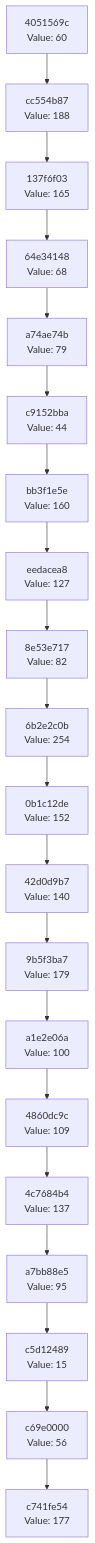
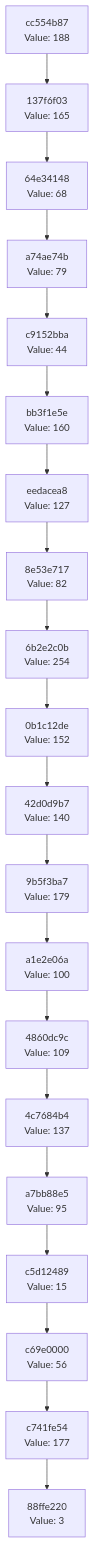
One commit to Abhisheksinha1506/hash-chain-evolver changed the diagram in docs/CHAIN_VISUALIZATION.md. Above: the diagram before and after it, drawn with Mermaid. The commit also changed 2 other files, not shown here.

Commit message:
Evolution Step

````diff
--- a/docs/CHAIN_VISUALIZATION.md
+++ b/docs/CHAIN_VISUALIZATION.md
@@ -3,42 +3,42 @@
 ```mermaid
 graph TD
-    C0["c741fe54<br/>Value: 177"]
-    C1["c69e0000<br/>Value: 56"]
+    C0["88ffe220<br/>Value: 3"]
+    C1["c741fe54<br/>Value: 177"]
     C1 --> C0
-    C2["c5d12489<br/>Value: 15"]
+    C2["c69e0000<br/>Value: 56"]
     C2 --> C1
-    C3["a7bb88e5<br/>Value: 95"]
+    C3["c5d12489<br/>Value: 15"]
     C3 --> C2
-    C4["4c7684b4<br/>Value: 137"]
+    C4["a7bb88e5<br/>Value: 95"]
     C4 --> C3
-    C5["4860dc9c<br/>Value: 109"]
+    C5["4c7684b4<br/>Value: 137"]
     C5 --> C4
-    C6["a1e2e06a<br/>Value: 100"]
+    C6["4860dc9c<br/>Value: 109"]
     C6 --> C5
-    C7["9b5f3ba7<br/>Value: 179"]
+    C7["a1e2e06a<br/>Value: 100"]
     C7 --> C6
-    C8["42d0d9b7<br/>Value: 140"]
+    C8["9b5f3ba7<br/>Value: 179"]
     C8 --> C7
-    C9["0b1c12de<br/>Value: 152"]
+    C9["42d0d9b7<br/>Value: 140"]
     C9 --> C8
-    C10["6b2e2c0b<br/>Value: 254"]
+    C10["0b1c12de<br/>Value: 152"]
     C10 --> C9
-    C11["8e53e717<br/>Value: 82"]
+    C11["6b2e2c0b<br/>Value: 254"]
     C11 --> C10
-    C12["eedacea8<br/>Value: 127"]
+    C12["8e53e717<br/>Value: 82"]
     C12 --> C11
-    C13["bb3f1e5e<br/>Value: 160"]
+    C13["eedacea8<br/>Value: 127"]
     C13 --> C12
-    C14["c9152bba<br/>Value: 44"]
+    C14["bb3f1e5e<br/>Value: 160"]
     C14 --> C13
-    C15["a74ae74b<br/>Value: 79"]
+    C15["c9152bba<br/>Value: 44"]
     C15 --> C14
-    C16["64e34148<br/>Value: 68"]
+    C16["a74ae74b<br/>Value: 79"]
     C16 --> C15
-    C17["137f6f03<br/>Value: 165"]
+    C17["64e34148<br/>Value: 68"]
     C17 --> C16
-    C18["cc554b87<br/>Value: 188"]
+    C18["137f6f03<br/>Value: 165"]
     C18 --> C17
-    C19["4051569c<br/>Value: 60"]
+    C19["cc554b87<br/>Value: 188"]
     C19 --> C18
 ```
````
